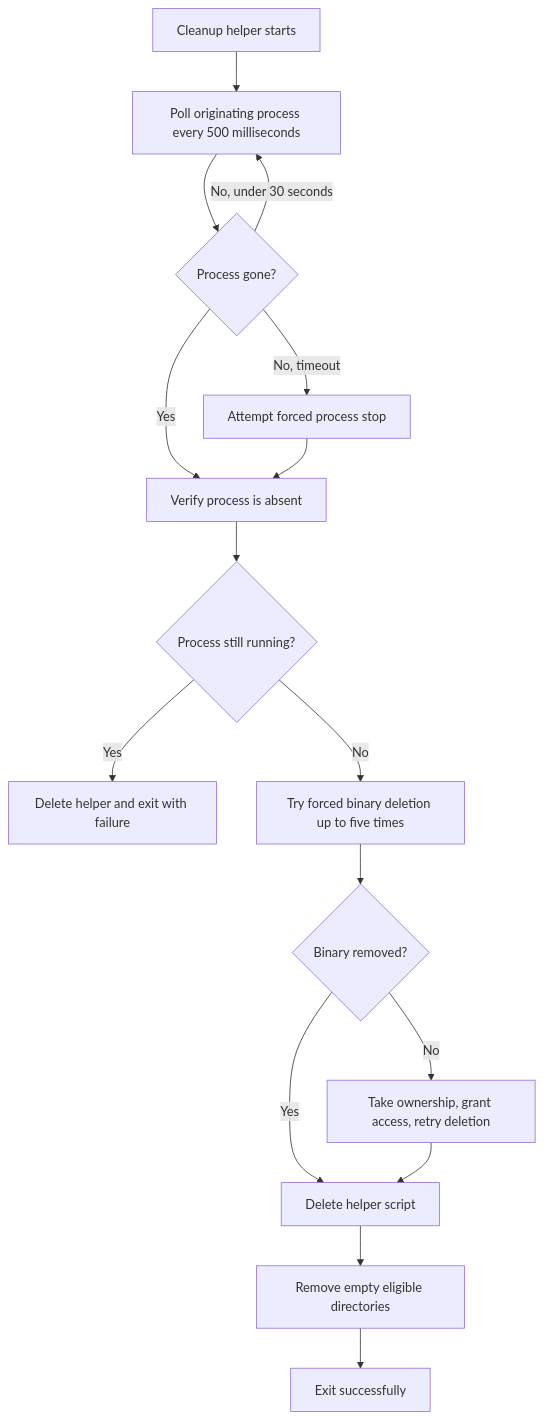
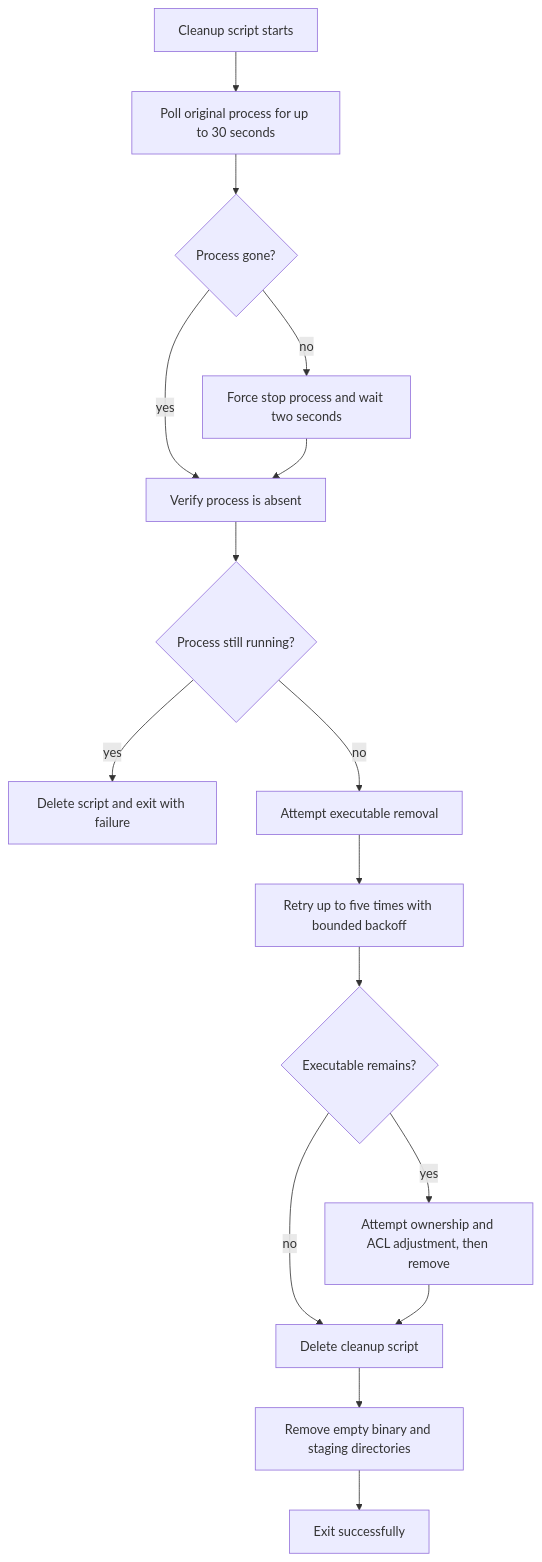
Before and after one commit to flamingo-stack/openframe-oss-tenant: the fourth of 4 diagrams in docs/reference/architecture/openframe-client-core/platform-windows-cleanup/platform-windows-cleanup.md, drawn with Mermaid. The commit also changed other lines of this file and 2377 other files, not shown here.

````diff
--- a/docs/reference/architecture/openframe-client-core/platform-windows-cleanup/platform-windows-cleanup.md
+++ b/docs/reference/architecture/openframe-client-core/platform-windows-cleanup/platform-windows-cleanup.md
@@ -64,18 +102,18 @@
 ```mermaid
 flowchart TD
-    Start["Cleanup helper starts"] --> WaitLoop["Poll originating process every 500 milliseconds"]
+    Start["Cleanup script starts"] --> WaitLoop["Poll original process for up to 30 seconds"]
     WaitLoop --> ProcessGone{"Process gone?"}
-    ProcessGone -->|"Yes"| Verify["Verify process is absent"]
-    ProcessGone -->|"No, under 30 seconds"| WaitLoop
-    ProcessGone -->|"No, timeout"| ForceStop["Attempt forced process stop"]
+    ProcessGone -->|"yes"| Verify["Verify process is absent"]
+    ProcessGone -->|"no"| ForceStop["Force stop process and wait two seconds"]
     ForceStop --> Verify
     Verify --> StillRunning{"Process still running?"}
-    StillRunning -->|"Yes"| DeleteSelfFailure["Delete helper and exit with failure"]
-    StillRunning -->|"No"| DeleteBinary["Try forced binary deletion up to five times"]
-    DeleteBinary --> BinaryRemoved{"Binary removed?"}
-    BinaryRemoved -->|"No"| PermissionRecovery["Take ownership, grant access, retry deletion"]
-    BinaryRemoved -->|"Yes"| DeleteSelf["Delete helper script"]
-    PermissionRecovery --> DeleteSelf
-    DeleteSelf --> PruneDirectories["Remove empty eligible directories"]
-    PruneDirectories --> Finish["Exit successfully"]
+    StillRunning -->|"yes"| ScriptDeleteFailure["Delete script and exit with failure"]
+    StillRunning -->|"no"| RemoveBinary["Attempt executable removal"]
+    RemoveBinary --> RetryRemoval["Retry up to five times with bounded backoff"]
+    RetryRemoval --> OwnershipFallback{"Executable remains?"}
+    OwnershipFallback -->|"yes"| Ownership["Attempt ownership and ACL adjustment, then remove"]
+    OwnershipFallback -->|"no"| SelfDelete["Delete cleanup script"]
+    Ownership --> SelfDelete
+    SelfDelete --> EmptyDirs["Remove empty binary and staging directories"]
+    EmptyDirs --> Finish["Exit successfully"]
 ```
````
